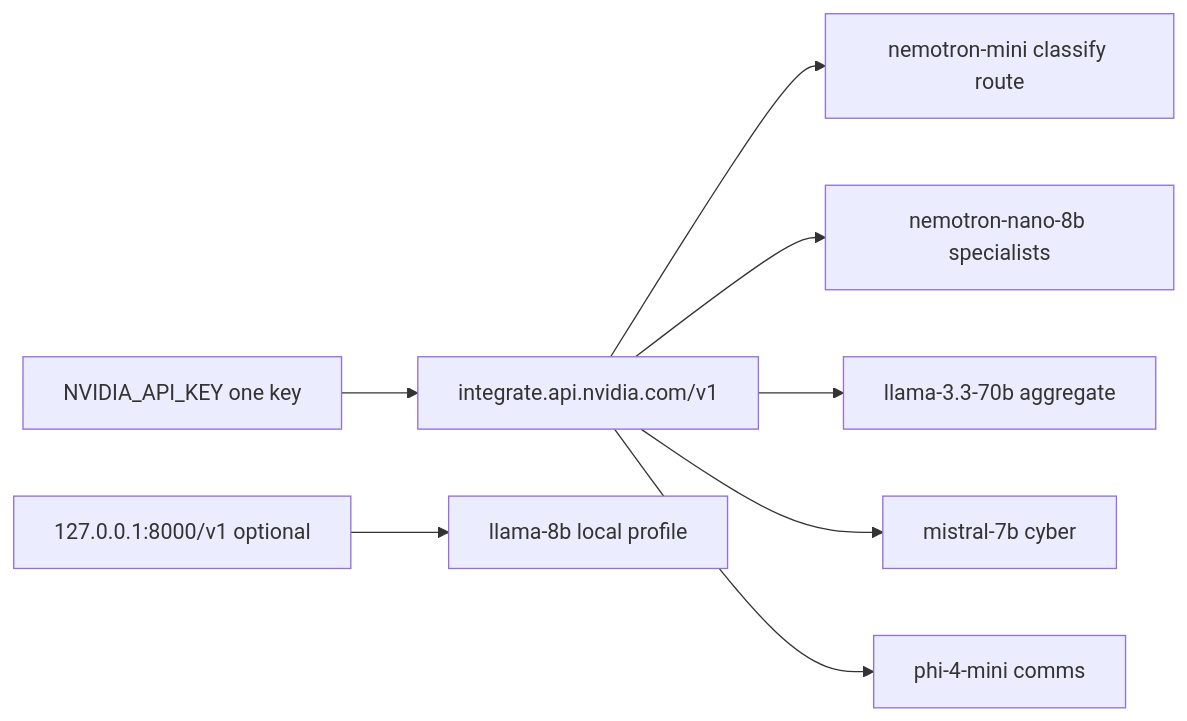
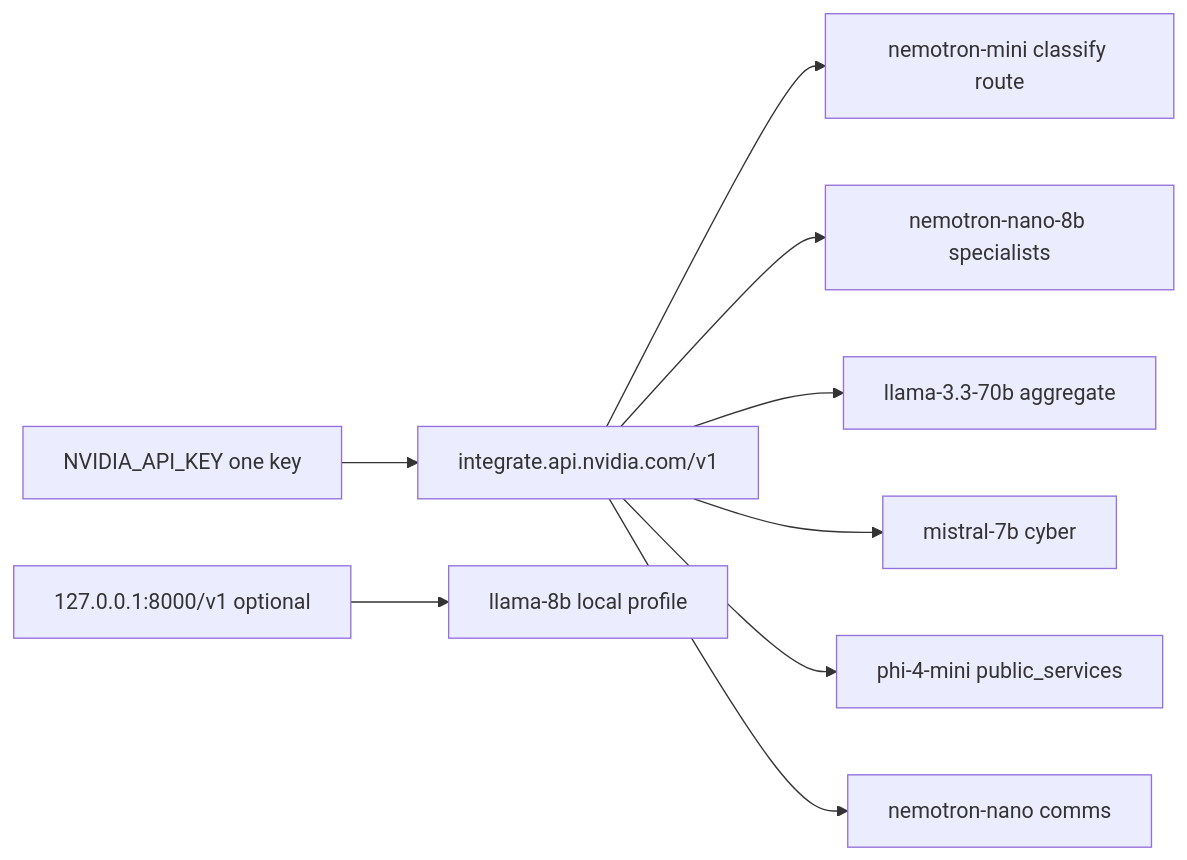
The second of 4 diagrams in docs/TECHNICAL_DESIGN.md (Java4all/hkteam), drawn with Mermaid before and after one commit. The commit also changed other lines of this file and 37 other files, not shown here.

````diff
--- a/docs/TECHNICAL_DESIGN.md
+++ b/docs/TECHNICAL_DESIGN.md
@@ -624,13 +633,14 @@
 ```mermaid
 flowchart LR
   KEY[NVIDIA_API_KEY one key]
   CLOUD[integrate.api.nvidia.com/v1]
   LOCAL[127.0.0.1:8000/v1 optional]
   KEY --> CLOUD
   CLOUD --> M1[nemotron-mini classify route]
   CLOUD --> M2[nemotron-nano-8b specialists]
   CLOUD --> M3[llama-3.3-70b aggregate]
   CLOUD --> M4[mistral-7b cyber]
-  CLOUD --> M5[phi-4-mini comms]
+  CLOUD --> M5[phi-4-mini public_services]
+  CLOUD --> M7[nemotron-nano comms]
   LOCAL --> M6[llama-8b local profile]
 ```
````
